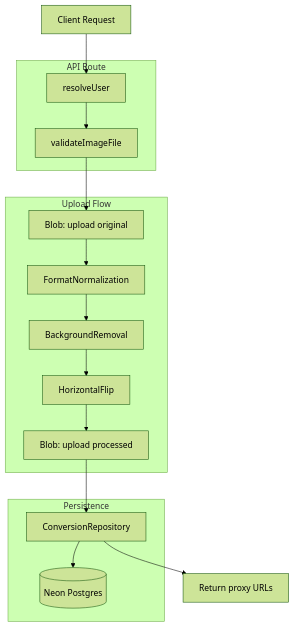
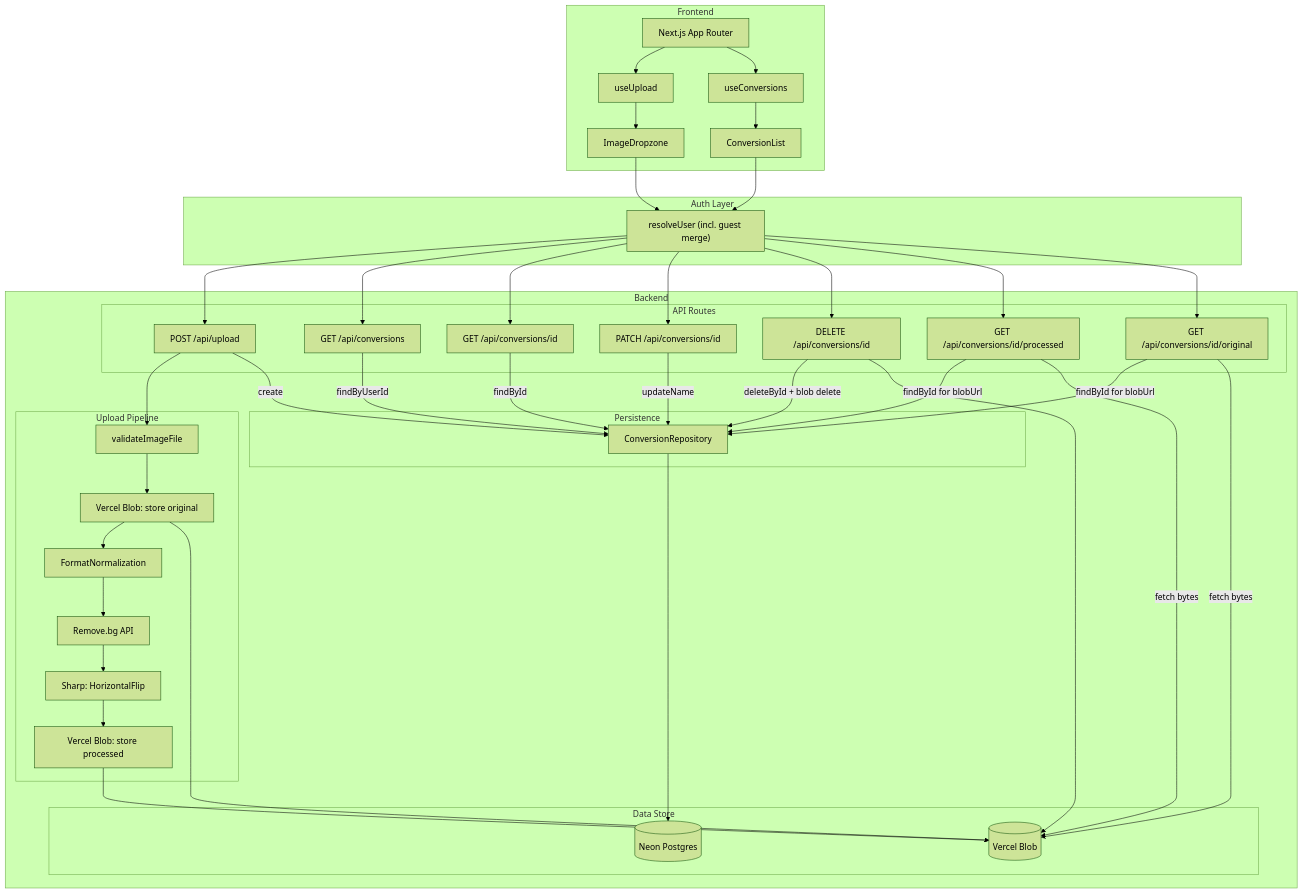
Before and after one commit to thakkaryash21/uplane-image-bg-remover: the diagram in README.md, drawn with Mermaid (forest theme). The commit also changed other lines of this file, not shown here.

Commit message:
update architecture diagram

````diff
--- a/README.md
+++ b/README.md
@@ -58,28 +62,84 @@
 ```mermaid
 flowchart TB
-    subgraph API [API Route]
-        Resolve[resolveUser]
-        Validate[validateImageFile]
+    subgraph Client [Frontend]
+        ReactApp[Next.js App Router]
+        useUpload[useUpload]
+        useConversions[useConversions]
+        ImageDropzone[ImageDropzone]
+        ConversionList[ConversionList]
     end
 
-    subgraph Processing [Upload Flow]
-        StoreOrig[Blob: upload original]
-        FormatNorm[FormatNormalization]
-        BgRemoval[BackgroundRemoval]
-        Flip[HorizontalFlip]
-        StoreProc[Blob: upload processed]
+    subgraph Auth [Auth Layer]
+        Resolve["resolveUser (incl. guest merge)"]
     end
 
-    subgraph Persistence [Persistence]
-        Repo[ConversionRepository]
-        DB[(Neon Postgres)]
+    subgraph Backend [Backend]
+        subgraph ApiRoutes [API Routes]
+            Upload[POST /api/upload]
+            List[GET /api/conversions]
+            GetId[GET /api/conversions/id]
+            PatchId[PATCH /api/conversions/id]
+            DeleteId[DELETE /api/conversions/id]
+            ProxyProc[GET /api/conversions/id/processed]
+            ProxyOrig[GET /api/conversions/id/original]
+        end
+
+        subgraph UploadFlow [Upload Pipeline]
+            Validate[validateImageFile]
+            BlobOrig[Vercel Blob: store original]
+            FormatNorm[FormatNormalization]
+            BgRemoval[Remove.bg API]
+            Flip[Sharp: HorizontalFlip]
+            BlobProc[Vercel Blob: store processed]
+        end
+
+        subgraph Persistence [Persistence]
+            Repo[ConversionRepository]
+        end
+
+        subgraph DataStore [Data Store]
+            NeonDB[(Neon Postgres)]
+            VercelBlob[(Vercel Blob)]
+        end
     end
 
-    Request[Client Request] --> Resolve
-    Resolve --> Validate
-    Validate --> StoreOrig
-    StoreOrig --> FormatNorm --> BgRemoval --> Flip --> StoreProc
-    StoreProc --> Repo
-    Repo --> DB
-    Repo --> Response[Return proxy URLs]
+    ReactApp --> useUpload
+    ReactApp --> useConversions
+    useUpload --> ImageDropzone
+    useConversions --> ConversionList
+
+    ImageDropzone --> Resolve
+    ConversionList --> Resolve
+
+    Resolve --> Upload
+    Resolve --> List
+    Resolve --> GetId
+    Resolve --> PatchId
+    Resolve --> DeleteId
+    Resolve --> ProxyProc
+    Resolve --> ProxyOrig
+
+    Upload --> Validate
+    Validate --> BlobOrig
+    BlobOrig --> FormatNorm
+    FormatNorm --> BgRemoval
+    BgRemoval --> Flip
+    Flip --> BlobProc
+
+    BlobOrig --> VercelBlob
+    BlobProc --> VercelBlob
+
+    Upload -->|"create"| Repo
+    List -->|"findByUserId"| Repo
+    GetId -->|"findById"| Repo
+    PatchId -->|"updateName"| Repo
+    DeleteId -->|"deleteById + blob delete"| Repo
+    ProxyProc -->|"findById for blobUrl"| Repo
+    ProxyOrig -->|"findById for blobUrl"| Repo
+
+    Repo --> NeonDB
+    DeleteId --> VercelBlob
+
+    ProxyProc -->|"fetch bytes"| VercelBlob
+    ProxyOrig -->|"fetch bytes"| VercelBlob
 ```
````
